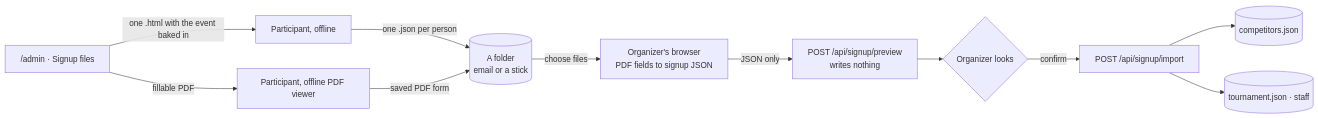
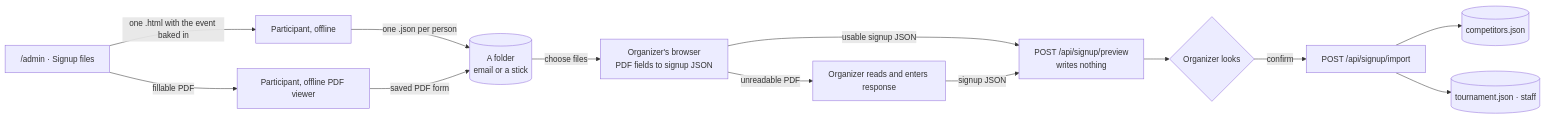
One commit to fylke/porta-di-ferro changed the ninth of 14 diagrams in docs/architecture.md. Above: the diagram before and after it, drawn with Mermaid. The commit also changed other lines of this file and 8 other files, not shown here.

Commit message:
Fix PDF signup review feedback

````diff
--- a/docs/architecture.md
+++ b/docs/architecture.md
@@ -240,13 +240,15 @@
 ```mermaid
 flowchart LR
     A["/admin · Signup files"] -->|"one .html with the event baked in"| P[Participant, offline]
     P -->|"one .json per person"| F[(A folder<br/>email or a stick)]
     A -->|fillable PDF| PP[Participant, offline PDF viewer]
     PP -->|saved PDF form| F
     F -->|choose files| CV[Organizer's browser<br/>PDF fields to signup JSON]
-    CV -->|JSON only| PR[POST /api/signup/preview<br/>writes nothing]
+    CV -->|usable signup JSON| PR[POST /api/signup/preview<br/>writes nothing]
+    CV -->|unreadable PDF| M[Organizer reads and enters response]
+    M -->|signup JSON| PR
     PR --> D{Organizer looks}
     D -->|confirm| IM[POST /api/signup/import]
     IM --> C[(competitors.json)]
     IM --> T[(tournament.json · staff)]
 ```
````
